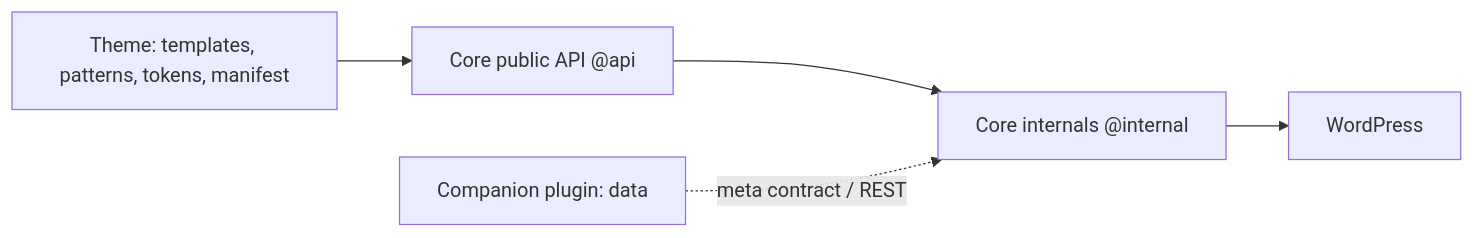
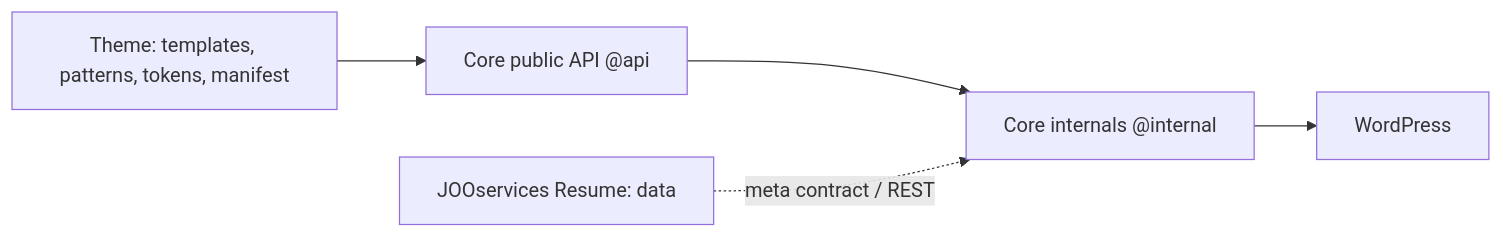
The first of 2 diagrams in docs/spec/core-spec-v0.1.md (jooservices/wordpress-core), drawn with Mermaid before and after one commit. The commit also changed 77 other files, not shown here.

Commit message:
JOOS-86: Rename and productize Resume plugin

````diff
--- a/docs/spec/core-spec-v0.1.md
+++ b/docs/spec/core-spec-v0.1.md
@@ -9,7 +9,7 @@
 ```mermaid
 flowchart LR
   Theme[Theme: templates, patterns, tokens, manifest] --> API[Core public API @api]
   API --> Internals[Core internals @internal]
   Internals --> WP[WordPress]
-  Plugin[Companion plugin: data] -. meta contract / REST .-> Internals
+  Plugin[JOOservices Resume: data] -. meta contract / REST .-> Internals
 ```
````
